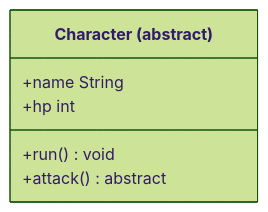
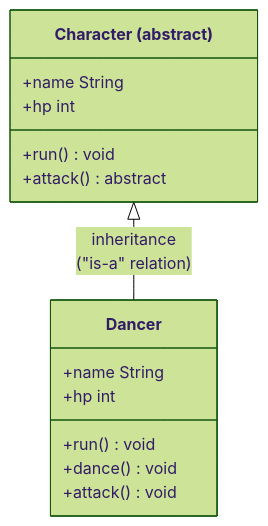
One commit to naorex/Sukkiri_Java_beginner changed the diagram in chapter4/Class.md. Above: the diagram before and after it, drawn with Mermaid (forest theme). The commit also changed 5 other files, not shown here.

````diff
--- a/chapter4/Class.md
+++ b/chapter4/Class.md
@@ -1,11 +1,21 @@
 ```mermaid
 classDiagram
 
 class Character["Character (abstract)"]{
     +name String
     +hp int
     +run() void
     +attack() abstract
 }
 
+class Dancer{
+    +name String
+    +hp int
+    +run() void
+    +dance() void
+    +attack() void
+}
+
+Character <|-- Dancer : inheritance</br>("is-a" relation)
+
 ```
````
